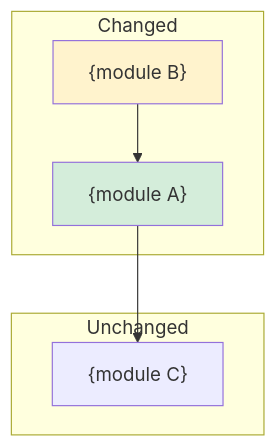
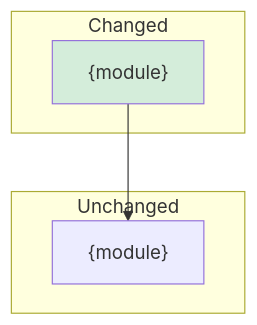
Before and after one commit to NguyenNhan1610/codex-copilot-plugin-cc: the diagram in plugins/ai/skills/handoff-recording/references/cascade-record-template.md, drawn with Mermaid. The commit also changed other lines of this file and 16 other files, not shown here.

First line of the commit message:
Optimize prompts: slim templates, split usage guide, trim mermaid blocks, bump to 4.3.1

````diff
--- a/plugins/ai/skills/handoff-recording/references/cascade-record-template.md
+++ b/plugins/ai/skills/handoff-recording/references/cascade-record-template.md
@@ -117,15 +90,11 @@
 ```mermaid
 graph TD
     subgraph Changed
-        A["{module A}"]
-        B["{module B}"]
+        A["{module}"]
     end
     subgraph Unchanged
-        C["{module C}"]
+        B["{module}"]
     end
-    A --> C
-    B --> A
-
+    A --> B
     style A fill:#d4edda
-    style B fill:#fff3cd
 ```
````
